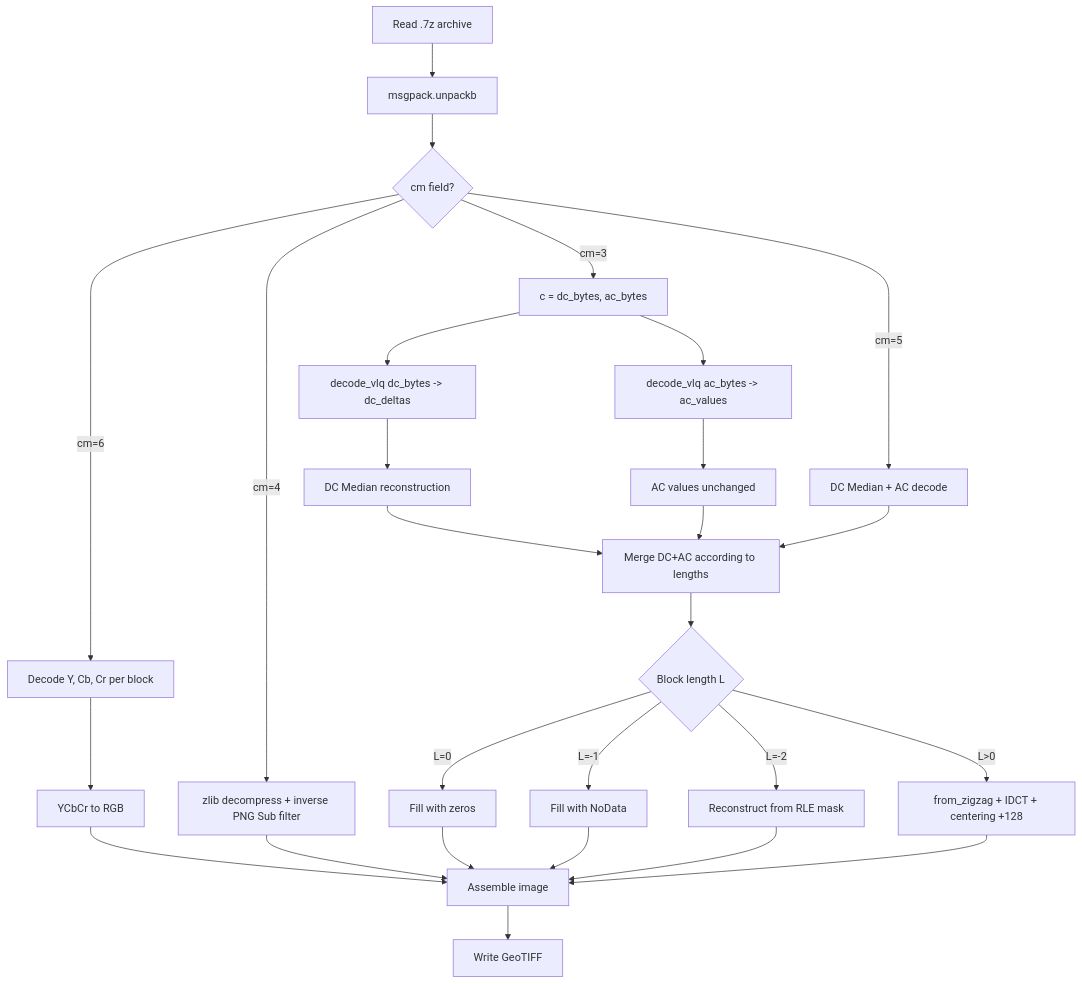
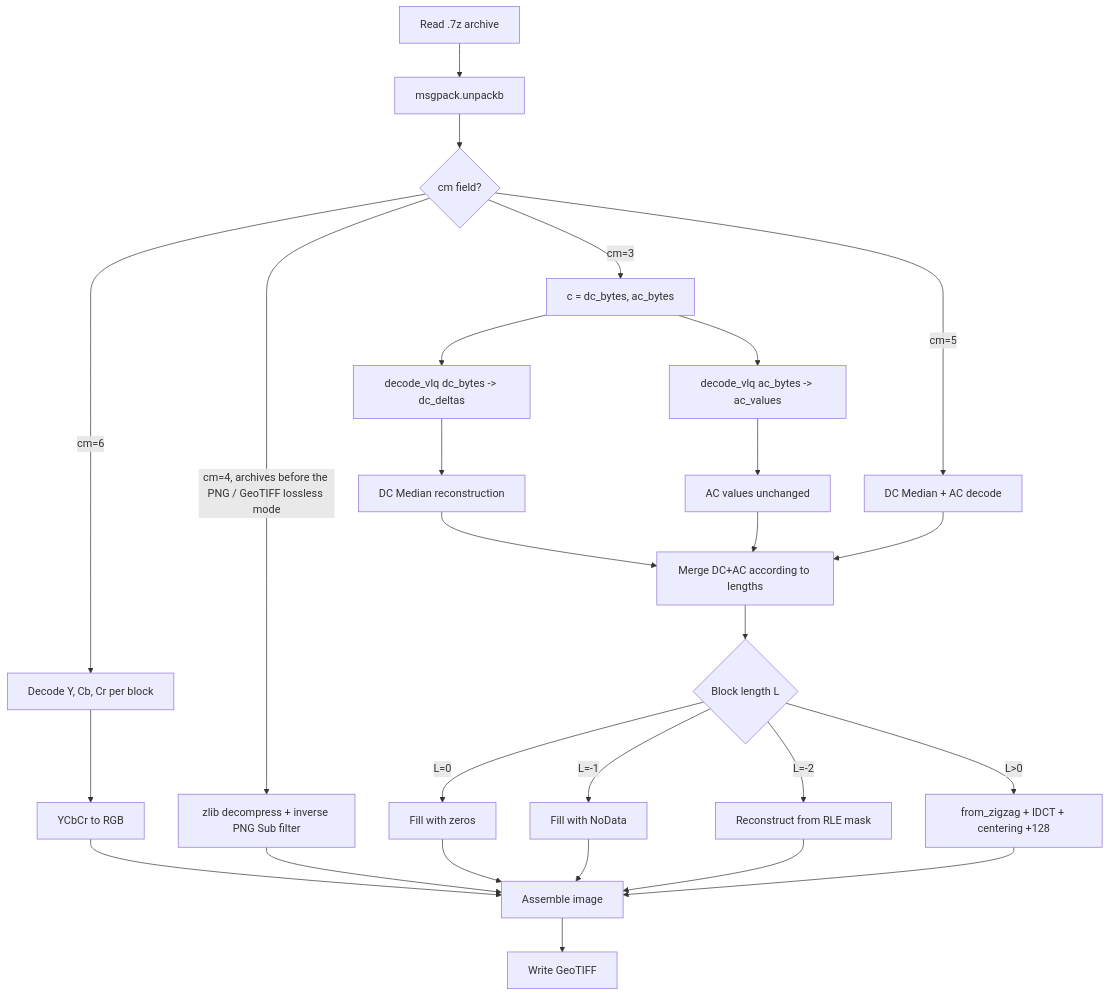
One commit to ZSIP/FIDWaC changed the seventh of 10 diagrams in README_EN.md. Above: the diagram before and after it, drawn with Mermaid. The commit also changed other lines of this file and 8 other files, not shown here.

````diff
--- a/README_EN.md
+++ b/README_EN.md
@@ -672,29 +682,29 @@
 ```mermaid
 graph TB
     A["Read .7z archive"] --> B["msgpack.unpackb"]
     B --> C{"cm field?"}
     C -->|cm=3| D["c = dc_bytes, ac_bytes"]
     D --> E["decode_vlq dc_bytes -> dc_deltas"]
     D --> F["decode_vlq ac_bytes -> ac_values"]
     E --> G["DC Median reconstruction"]
     F --> H["AC values unchanged"]
     G --> I["Merge DC+AC according to lengths"]
     H --> I
     C -->|cm=5| J5["DC Median + AC decode"]
     J5 --> I
     C -->|cm=6| J6["Decode Y, Cb, Cr per block"]
     J6 --> K6["YCbCr to RGB"]
     K6 --> M
-    C -->|cm=4| J4["zlib decompress + inverse PNG Sub filter"]
+    C -->|cm=4, archives before the PNG / GeoTIFF lossless mode| J4["zlib decompress + inverse PNG Sub filter"]
     J4 --> M
     I --> K{"Block length L"}
     K -->|L=0| L1["Fill with zeros"]
     K -->|L=-1| L2["Fill with NoData"]
     K -->|L=-2| L3["Reconstruct from RLE mask"]
     K -->|L>0| L4["from_zigzag + IDCT + centering +128"]
     L1 --> M["Assemble image"]
     L2 --> M
     L3 --> M
     L4 --> M
     M --> N["Write GeoTIFF"]
 ```
````
